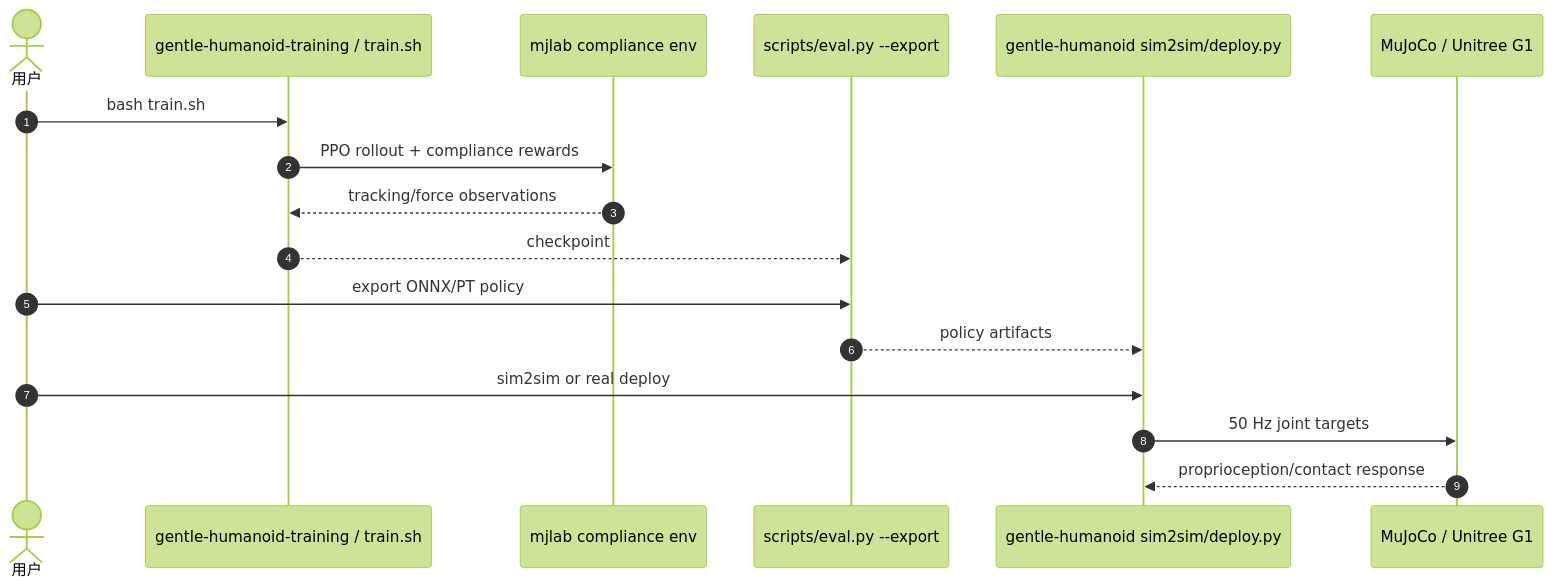
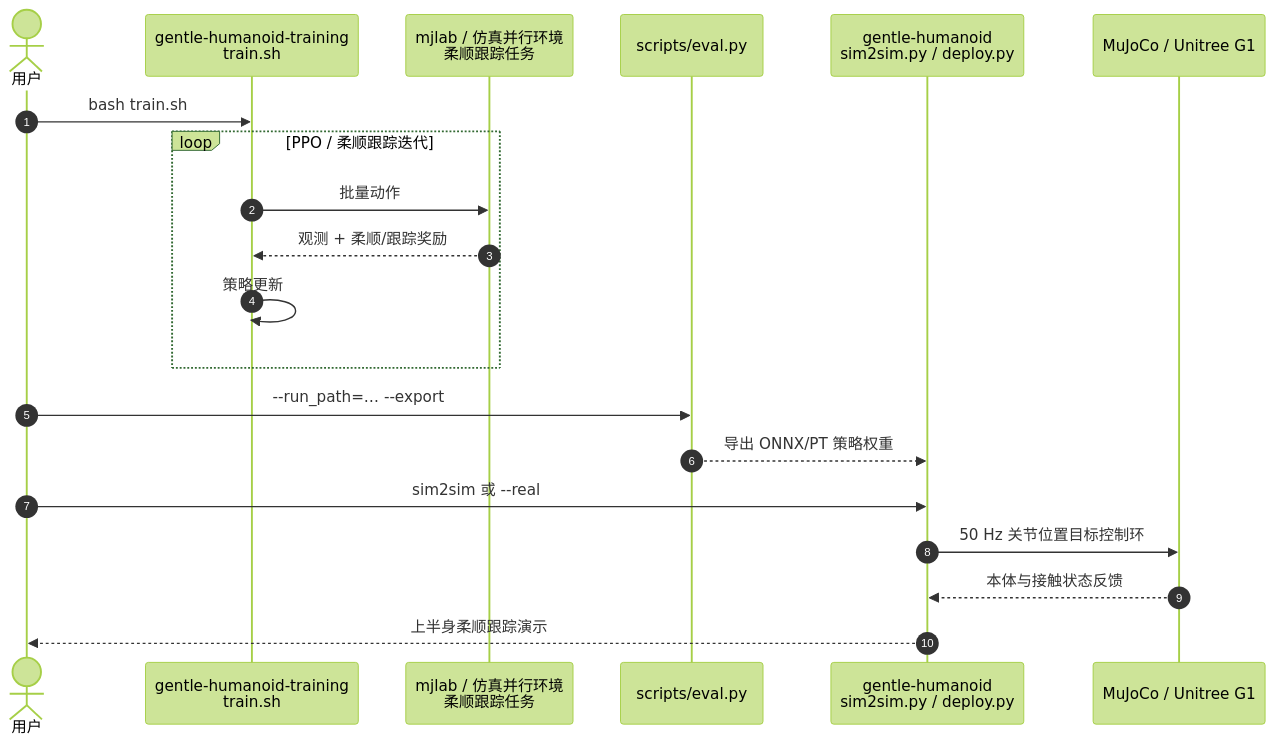
One commit to ImChong/Robotics_Notebooks changed the second of 2 diagrams in wiki/entities/paper-gentlehumanoid.md. Above: the diagram before and after it, drawn with Mermaid (forest theme). The commit also changed other lines of this file and 447 other files, not shown here.

````diff
--- a/wiki/entities/paper-gentlehumanoid.md
+++ b/wiki/entities/paper-gentlehumanoid.md
@@ -80,19 +156,22 @@
 ```mermaid
 sequenceDiagram
     autonumber
     actor U as 用户
-    participant Train as gentle-humanoid-training / train.sh
-    participant Env as mjlab compliance env
-    participant Eval as scripts/eval.py --export
-    participant Deploy as gentle-humanoid sim2sim/deploy.py
-    participant G1 as MuJoCo / Unitree G1
-    U->>Train: bash train.sh
-    Train->>Env: PPO rollout + compliance rewards
-    Env-->>Train: tracking/force observations
-    Train-->>Eval: checkpoint
-    U->>Eval: export ONNX/PT policy
-    Eval-->>Deploy: policy artifacts
-    U->>Deploy: sim2sim or real deploy
-    Deploy->>G1: 50 Hz joint targets
-    G1-->>Deploy: proprioception/contact response
+    participant TR as gentle-humanoid-training<br/>train.sh
+    participant ENV as mjlab / 仿真并行环境<br/>柔顺跟踪任务
+    participant EV as scripts/eval.py
+    participant DEP as gentle-humanoid<br/>sim2sim.py / deploy.py
+    participant ROB as MuJoCo / Unitree G1
+    U->>TR: bash train.sh
+    loop PPO / 柔顺跟踪迭代
+        TR->>ENV: 批量动作
+        ENV-->>TR: 观测 + 柔顺/跟踪奖励
+        TR->>TR: 策略更新
+    end
+    U->>EV: --run_path=… --export
+    EV-->>DEP: 导出 ONNX/PT 策略权重
+    U->>DEP: sim2sim 或 --real
+    DEP->>ROB: 50 Hz 关节位置目标控制环
+    ROB-->>DEP: 本体与接触状态反馈
+    DEP-->>U: 上半身柔顺跟踪演示
 ```
````
